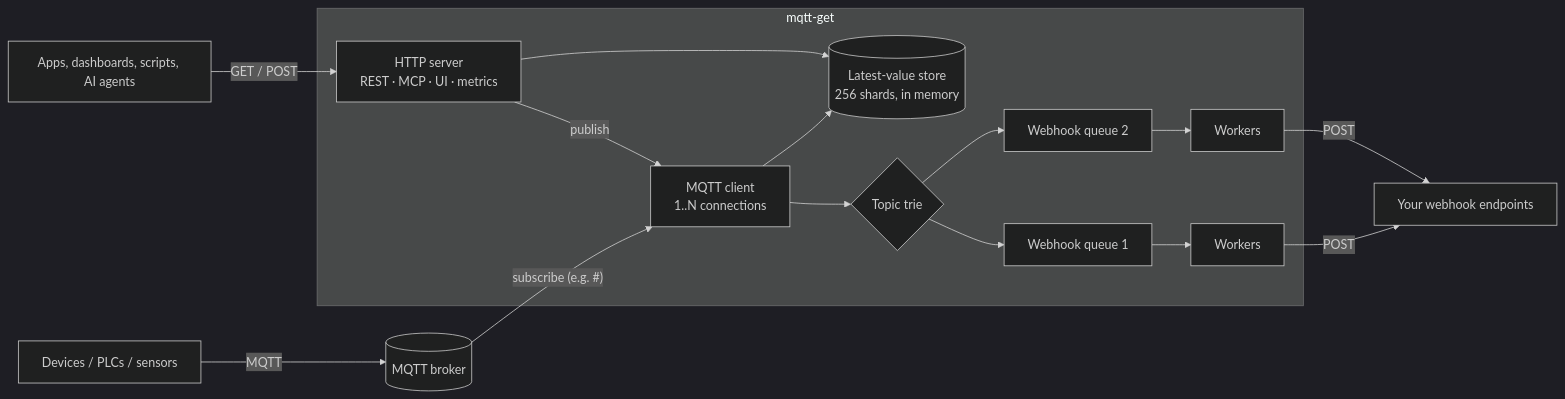
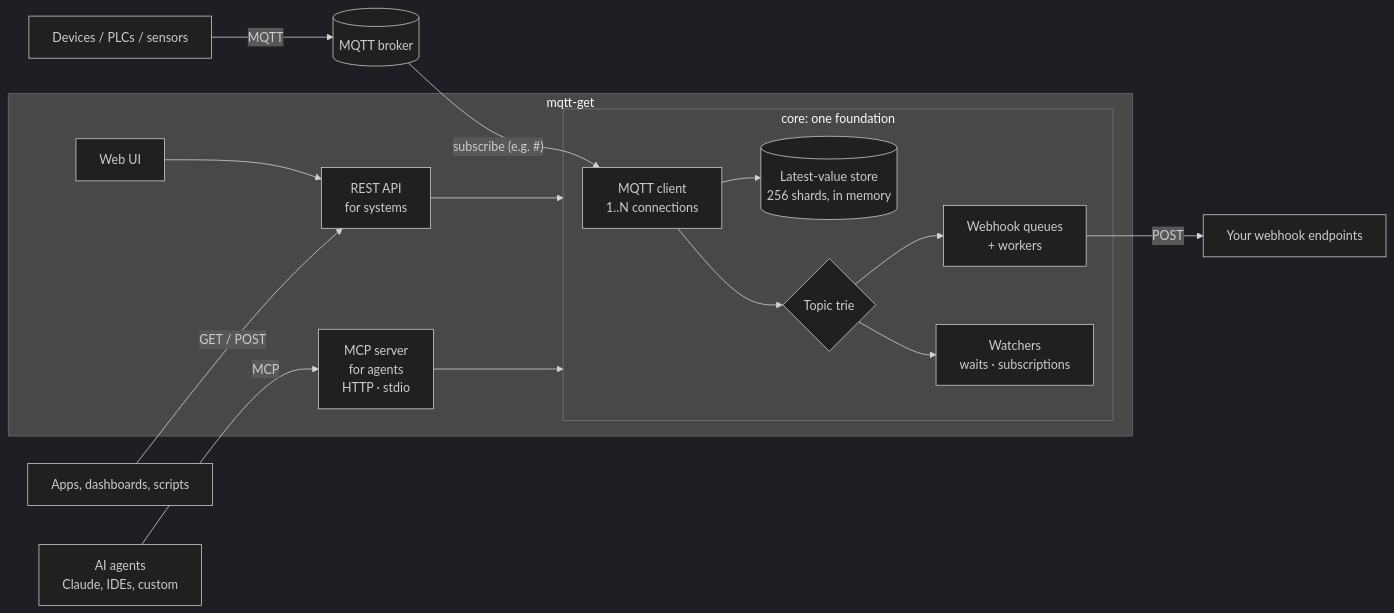
Before and after one commit to tabreu8/mqtt-get: the diagram in README.md, drawn with Mermaid (dark theme). The commit also changed other lines of this file and 23 other files, not shown here.

````diff
--- a/README.md
+++ b/README.md
@@ -100,16 +101,19 @@
 ```mermaid
 flowchart LR
     D1[Devices / PLCs / sensors] -- MQTT --> B[(MQTT broker)]
     B -- "subscribe (e.g. #)" --> I
     subgraph mqtt-get
-      I[MQTT client<br/>1..N connections] --> S[(Latest-value store<br/>256 shards, in memory)]
-      I --> R{Topic trie}
-      R --> Q1[Webhook queue 1] --> W1[Workers]
-      R --> Q2[Webhook queue 2] --> W2[Workers]
-      H[HTTP server<br/>REST · MCP · UI · metrics] --> S
-      H -- publish --> I
+      subgraph core [core: one foundation]
+        I[MQTT client<br/>1..N connections] --> S[(Latest-value store<br/>256 shards, in memory)]
+        I --> R{Topic trie}
+        R --> Q[Webhook queues<br/>+ workers]
+        R --> WT[Watchers<br/>waits · subscriptions]
+      end
+      REST[REST API<br/>for systems] --> core
+      MCP[MCP server<br/>for agents<br/>HTTP · stdio] --> core
+      UI[Web UI] --> REST
     end
-    C[Apps, dashboards, scripts, AI agents] -- "GET / POST" --> H
-    W1 -- POST --> E1[Your webhook endpoints]
-    W2 -- POST --> E1
+    C[Apps, dashboards, scripts] -- "GET / POST" --> REST
+    A[AI agents<br/>Claude, IDEs, custom] -- MCP --> MCP
+    Q -- POST --> E1[Your webhook endpoints]
 ```
````
